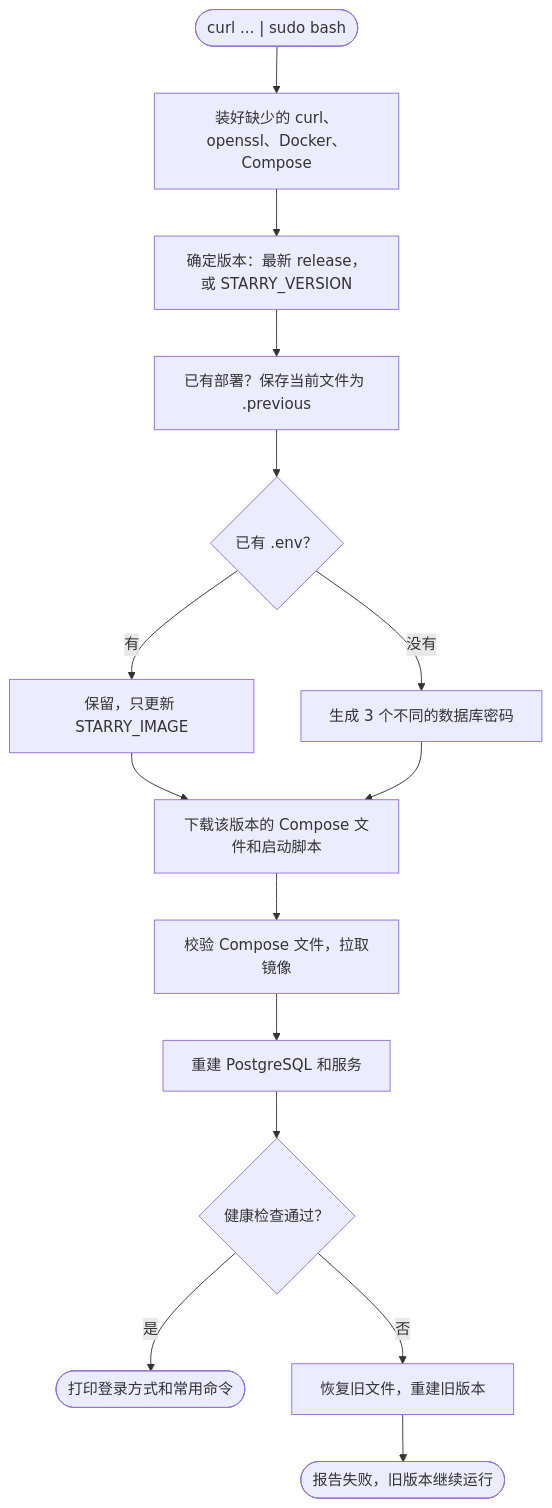
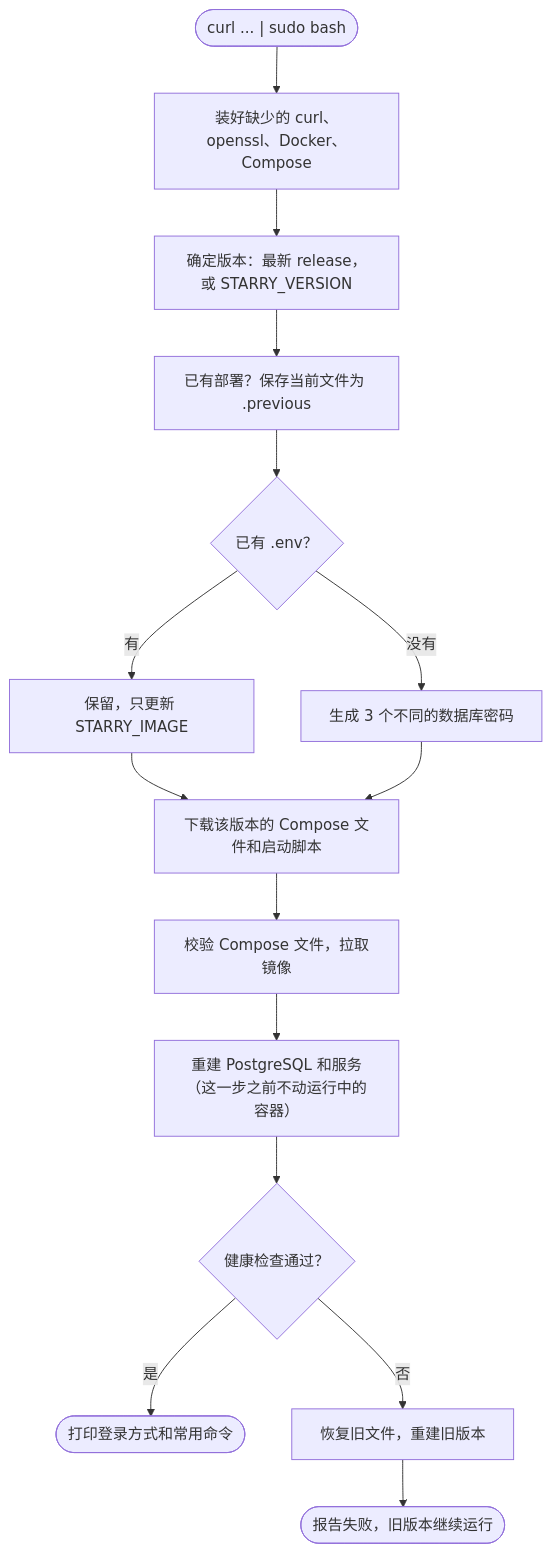
The second of 3 diagrams in docs/DEPLOYMENT.md (StaR4y/starry-api), drawn with Mermaid before and after one commit. The commit also changed other lines of this file and 5 other files, not shown here.

````diff
--- a/docs/DEPLOYMENT.md
+++ b/docs/DEPLOYMENT.md
@@ -49,17 +49,17 @@
 ```mermaid
 flowchart TD
     start(["curl ... | sudo bash"]) --> tools["装好缺少的 curl、openssl、Docker、Compose"]
     tools --> release["确定版本：最新 release，或 STARRY_VERSION"]
     release --> backup["已有部署？保存当前文件为 .previous"]
     backup --> env{"已有 .env？"}
     env -->|有| keep["保留，只更新 STARRY_IMAGE"]
     env -->|没有| create["生成 3 个不同的数据库密码"]
     keep --> files["下载该版本的 Compose 文件和启动脚本"]
     create --> files
     files --> pull["校验 Compose 文件，拉取镜像"]
-    pull --> up["重建 PostgreSQL 和服务"]
+    pull --> up["重建 PostgreSQL 和服务<br/>（这一步之前不动运行中的容器）"]
     up --> health{"健康检查通过？"}
     health -->|是| done(["打印登录方式和常用命令"])
     health -->|否| rollback["恢复旧文件，重建旧版本"]
     rollback --> failed(["报告失败，旧版本继续运行"])
 ```
````
